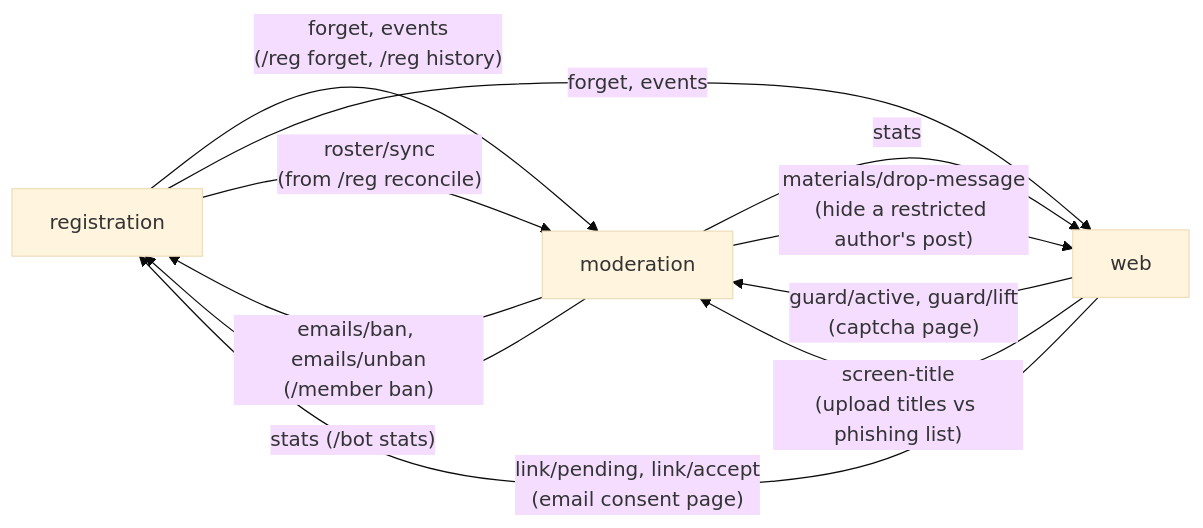
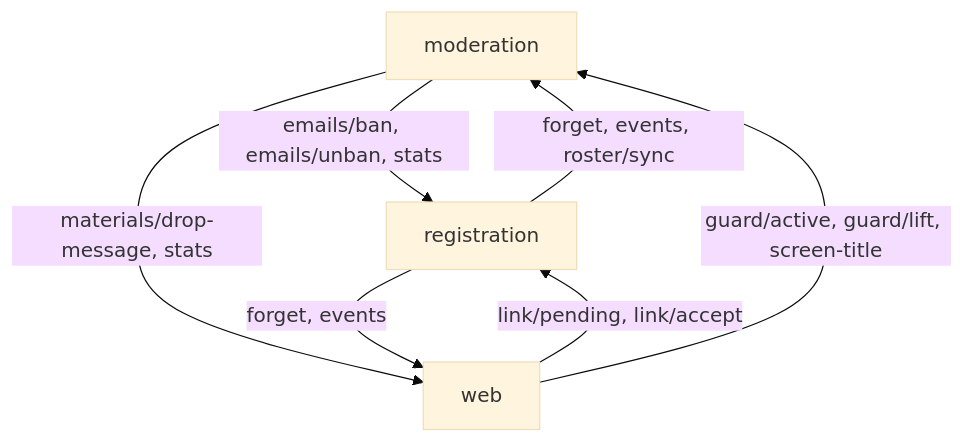
The third of 11 diagrams in docs/ARCHITECTURE.md (donfn/steki-discord-bot), drawn with Mermaid (base theme) before and after one commit. The commit also changed other lines of this file and 237 other files, not shown here.

````diff
--- a/docs/ARCHITECTURE.md
+++ b/docs/ARCHITECTURE.md
@@ -202,19 +164,13 @@
 ```mermaid
-flowchart LR
+flowchart TB
+    MOD[moderation]
     REG[registration]
-    MOD[moderation]
     WEB[web]
 
-    WEB -- "link/pending, link/accept<br/>(email consent page)" --> REG
-    MOD -- "emails/ban, emails/unban<br/>(/member ban)" --> REG
-    REG -- "forget, events<br/>(/reg forget, /reg history)" --> MOD
-    REG -- "forget, events" --> WEB
-    MOD -- "stats (/bot stats)" --> REG
-    MOD -- "stats" --> WEB
-
-    WEB -- "guard/active, guard/lift<br/>(captcha page)" --> MOD
-    WEB -- "screen-title<br/>(upload titles vs phishing list)" --> MOD
-    REG -- "roster/sync<br/>(from /reg reconcile)" --> MOD
-
-    MOD -- "materials/drop-message<br/>(hide a restricted author's post)" --> WEB
+    WEB -->|"link/pending, link/accept"| REG
+    MOD -->|"emails/ban, emails/unban, stats"| REG
+    REG -->|"forget, events, roster/sync"| MOD
+    WEB -->|"guard/active, guard/lift, screen-title"| MOD
+    MOD -->|"materials/drop-message, stats"| WEB
+    REG -->|"forget, events"| WEB
 ```
````
